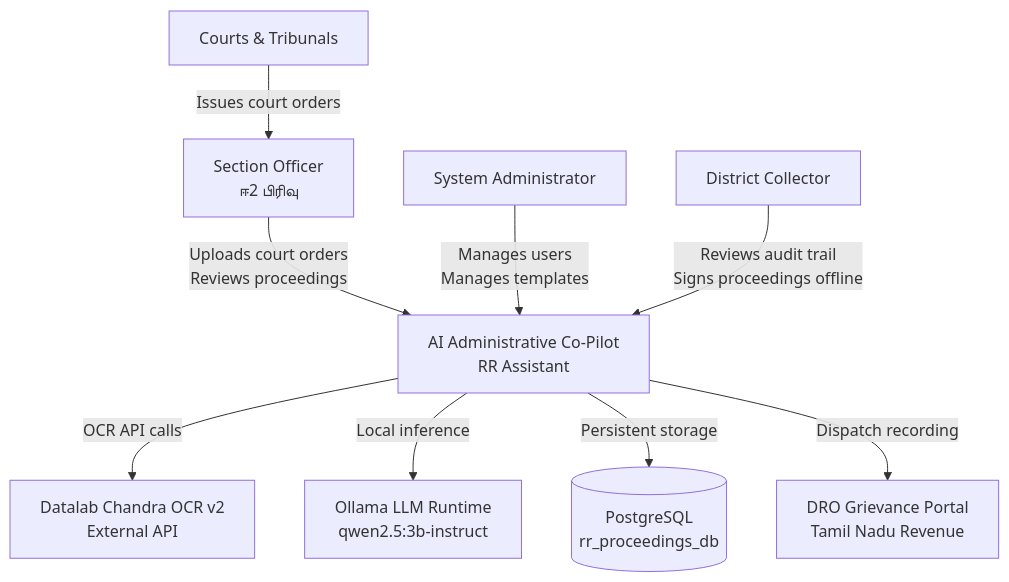
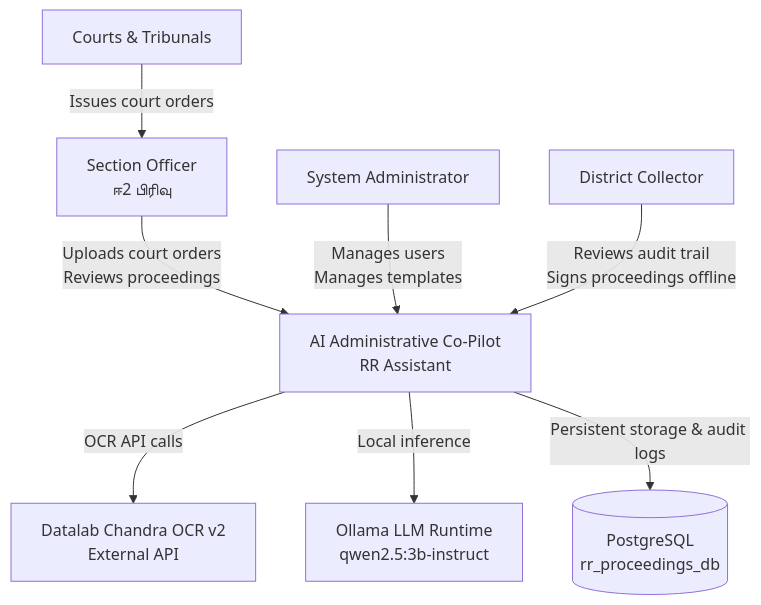
One commit to Balahariharan003/POC-RR-2-PROCEEDINGS changed the first of 3 diagrams in product-documentation/05-ARCHITECTURE.md. Above: the diagram before and after it, drawn with Mermaid. The commit also changed other lines of this file and 17 other files, not shown here.

````diff
--- a/product-documentation/05-ARCHITECTURE.md
+++ b/product-documentation/05-ARCHITECTURE.md
@@ -14,13 +14,12 @@
 ```mermaid
 graph TB
     SO[Section Officer<br/>ஈ2 பிரிவு] -->|Uploads court orders<br/>Reviews proceedings| RR[AI Administrative Co-Pilot<br/>RR Assistant]
     ADMIN[System Administrator] -->|Manages users<br/>Manages templates| RR
     COLL[District Collector] -->|Reviews audit trail<br/>Signs proceedings offline| RR
     
     RR -->|OCR API calls| CHANDRA[Datalab Chandra OCR v2<br/>External API]
     RR -->|Local inference| OLLAMA[Ollama LLM Runtime<br/>qwen2.5:3b-instruct]
-    RR -->|Persistent storage| PG[(PostgreSQL<br/>rr_proceedings_db)]
-    RR -->|Dispatch recording| DRO[DRO Grievance Portal<br/>Tamil Nadu Revenue]
+    RR -->|Persistent storage & audit logs| PG[(PostgreSQL<br/>rr_proceedings_db)]
     
     COURT[Courts & Tribunals] -->|Issues court orders| SO
 ```
````
